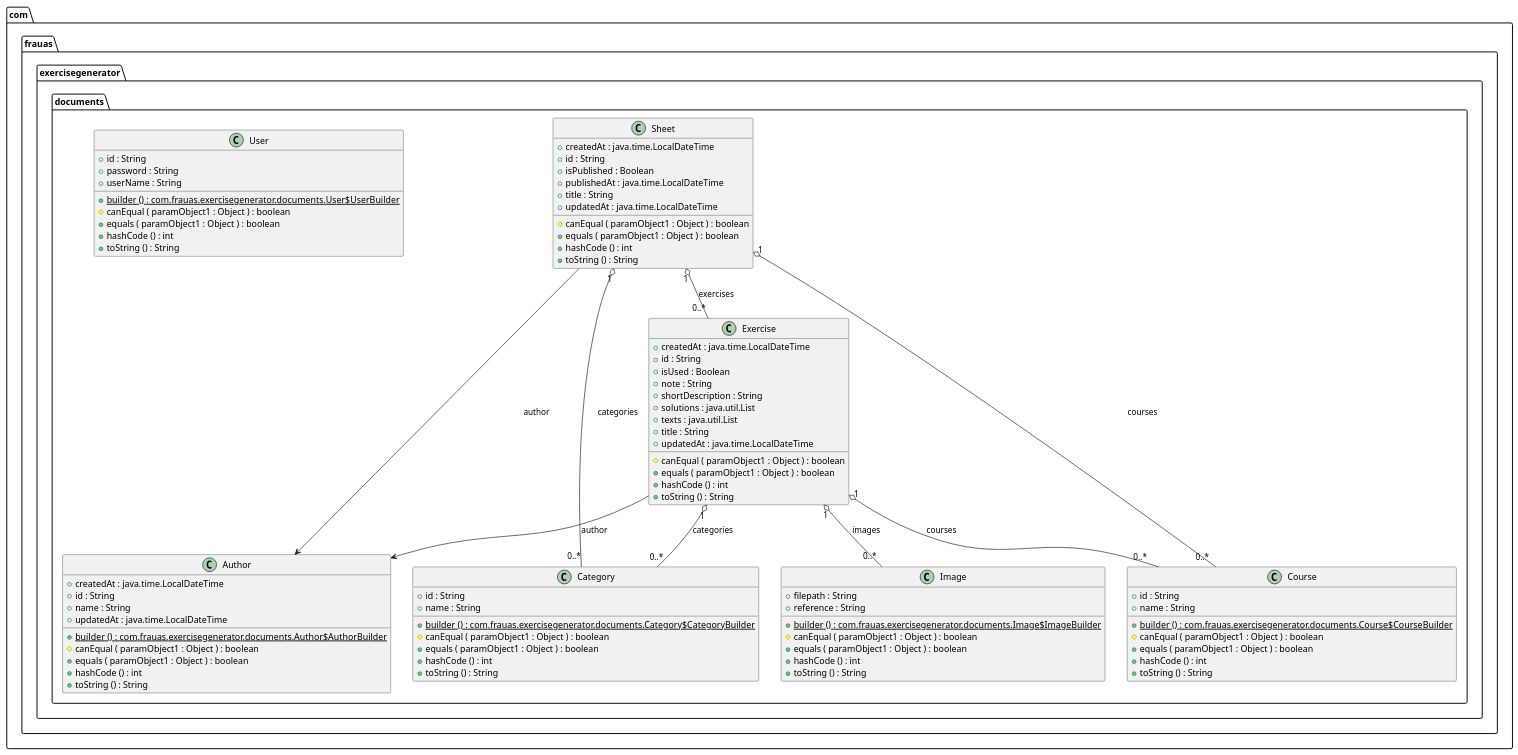
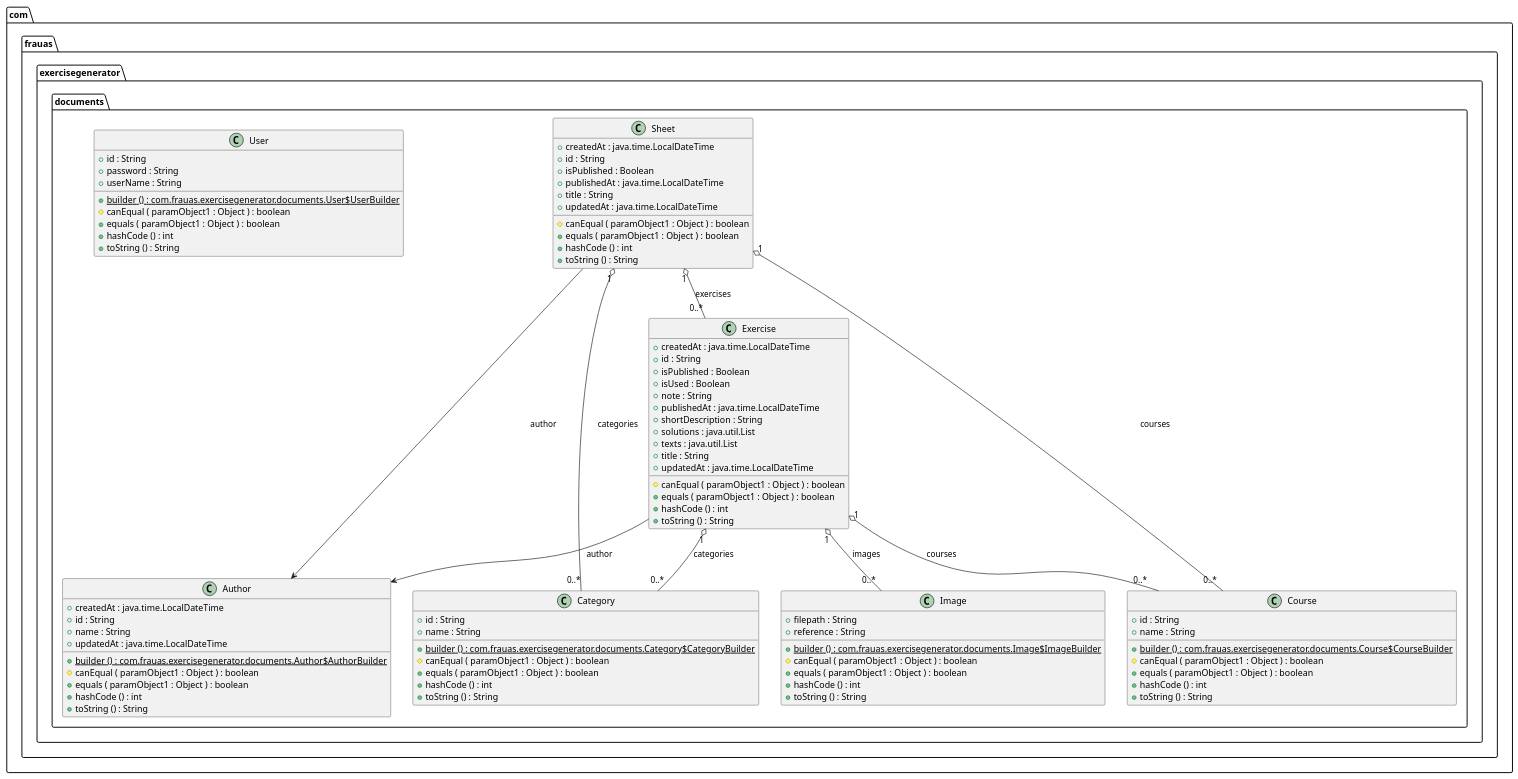
The diagram in doc/diagram.puml (CarlaHofmann/exercise-generator-be), drawn with PlantUML before and after one commit. The commit also changed 2 other files, not shown here.

```diff
--- a/doc/diagram.puml
+++ b/doc/diagram.puml
@@ -1,104 +1,106 @@
 @startuml
 
 class com.frauas.exercisegenerator.documents.Author {
 	{field} +createdAt : java.time.LocalDateTime
 	{field} +id : String
 	{field} +name : String
 	{field} +updatedAt : java.time.LocalDateTime
 	{method}  {static} +builder () : com.frauas.exercisegenerator.documents.Author$AuthorBuilder
 	{method} #canEqual ( paramObject1 : Object ) : boolean
 	{method} +equals ( paramObject1 : Object ) : boolean
 	{method} +hashCode () : int
 	{method} +toString () : String
 }
 
 
 class com.frauas.exercisegenerator.documents.Category {
 	{field} +id : String
 	{field} +name : String
 	{method}  {static} +builder () : com.frauas.exercisegenerator.documents.Category$CategoryBuilder
 	{method} #canEqual ( paramObject1 : Object ) : boolean
 	{method} +equals ( paramObject1 : Object ) : boolean
 	{method} +hashCode () : int
 	{method} +toString () : String
 }
 
 
 class com.frauas.exercisegenerator.documents.Course {
 	{field} +id : String
 	{field} +name : String
 	{method}  {static} +builder () : com.frauas.exercisegenerator.documents.Course$CourseBuilder
 	{method} #canEqual ( paramObject1 : Object ) : boolean
 	{method} +equals ( paramObject1 : Object ) : boolean
 	{method} +hashCode () : int
 	{method} +toString () : String
 }
 
 
 class com.frauas.exercisegenerator.documents.Exercise {
 	{field} +createdAt : java.time.LocalDateTime
 	{field} +id : String
+	{field} +isPublished : Boolean
 	{field} +isUsed : Boolean
 	{field} +note : String
+	{field} +publishedAt : java.time.LocalDateTime
 	{field} +shortDescription : String
 	{field} +solutions : java.util.List
 	{field} +texts : java.util.List
 	{field} +title : String
 	{field} +updatedAt : java.time.LocalDateTime
 	{method} #canEqual ( paramObject1 : Object ) : boolean
 	{method} +equals ( paramObject1 : Object ) : boolean
 	{method} +hashCode () : int
 	{method} +toString () : String
 }
 
 
 class com.frauas.exercisegenerator.documents.Image {
 	{field} +filepath : String
 	{field} +reference : String
 	{method}  {static} +builder () : com.frauas.exercisegenerator.documents.Image$ImageBuilder
 	{method} #canEqual ( paramObject1 : Object ) : boolean
 	{method} +equals ( paramObject1 : Object ) : boolean
 	{method} +hashCode () : int
 	{method} +toString () : String
 }
 
 
 class com.frauas.exercisegenerator.documents.Sheet {
 	{field} +createdAt : java.time.LocalDateTime
 	{field} +id : String
 	{field} +isPublished : Boolean
 	{field} +publishedAt : java.time.LocalDateTime
 	{field} +title : String
 	{field} +updatedAt : java.time.LocalDateTime
 	{method} #canEqual ( paramObject1 : Object ) : boolean
 	{method} +equals ( paramObject1 : Object ) : boolean
 	{method} +hashCode () : int
 	{method} +toString () : String
 }
 
 
 class com.frauas.exercisegenerator.documents.User {
 	{field} +id : String
 	{field} +password : String
 	{field} +userName : String
 	{method}  {static} +builder () : com.frauas.exercisegenerator.documents.User$UserBuilder
 	{method} #canEqual ( paramObject1 : Object ) : boolean
 	{method} +equals ( paramObject1 : Object ) : boolean
 	{method} +hashCode () : int
 	{method} +toString () : String
 }
 
 
 
 
 com.frauas.exercisegenerator.documents.Exercise "1" o-- "0..*"  com.frauas.exercisegenerator.documents.Category : categories
 com.frauas.exercisegenerator.documents.Exercise "1" o-- "0..*"  com.frauas.exercisegenerator.documents.Course : courses
 com.frauas.exercisegenerator.documents.Exercise "1" o-- "0..*"  com.frauas.exercisegenerator.documents.Image : images
 com.frauas.exercisegenerator.documents.Exercise -->  com.frauas.exercisegenerator.documents.Author : author
 com.frauas.exercisegenerator.documents.Sheet "1" o-- "0..*"  com.frauas.exercisegenerator.documents.Category : categories
 com.frauas.exercisegenerator.documents.Sheet "1" o-- "0..*"  com.frauas.exercisegenerator.documents.Course : courses
 com.frauas.exercisegenerator.documents.Sheet "1" o-- "0..*"  com.frauas.exercisegenerator.documents.Exercise : exercises
 com.frauas.exercisegenerator.documents.Sheet -->  com.frauas.exercisegenerator.documents.Author : author
 
 
 @enduml
```
